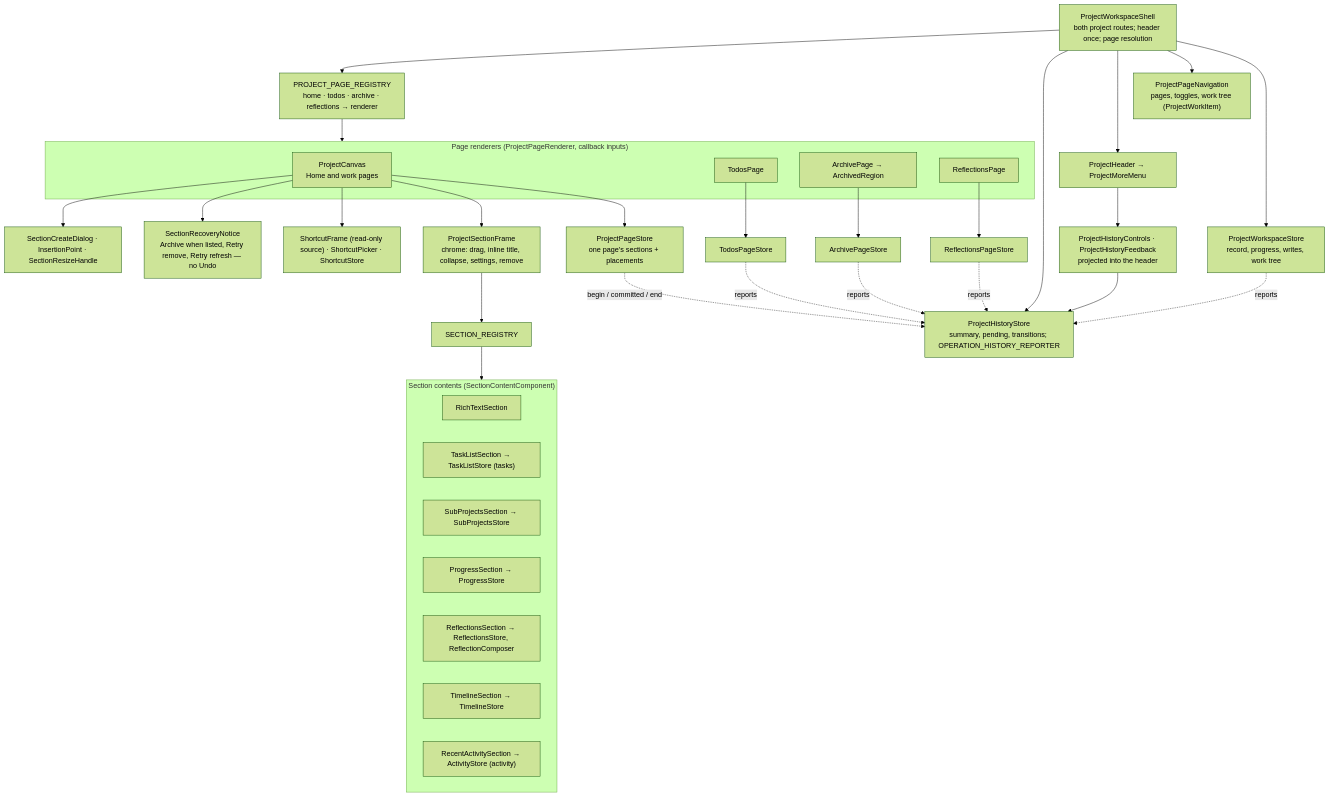
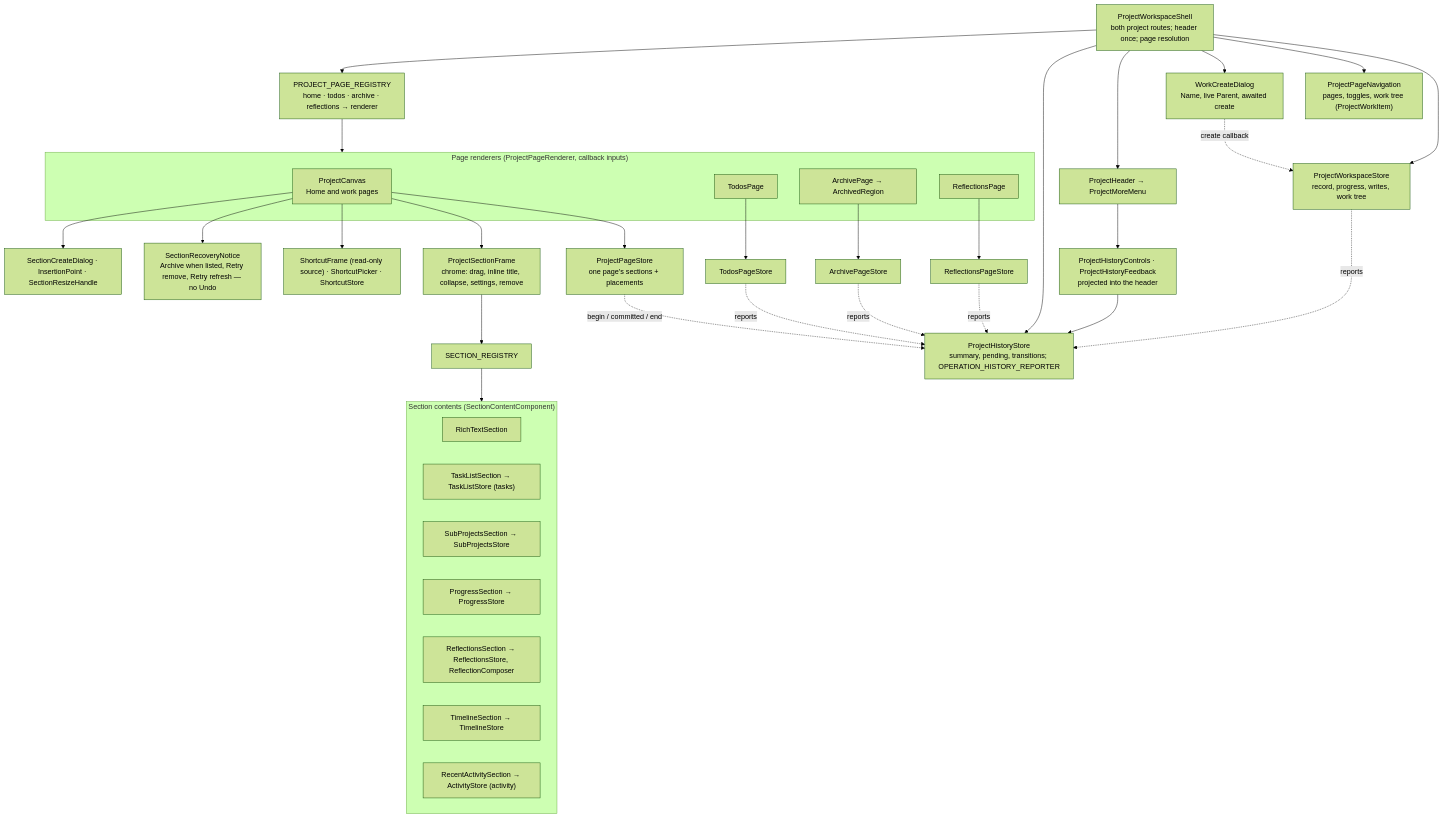
One commit to CalciteDragon/Canvas-work-manager-prototype changed the first of 2 diagrams in docs/architecture/web/projects/what.md. Above: the diagram before and after it, drawn with Mermaid (forest theme). The commit also changed 76 other files, not shown here.

````diff
--- a/docs/architecture/web/projects/what.md
+++ b/docs/architecture/web/projects/what.md
@@ -5,53 +5,56 @@
 ```mermaid
 flowchart TB
   shell["ProjectWorkspaceShell<br/>both project routes; header once; page resolution"]
   wstore["ProjectWorkspaceStore<br/>record, progress, writes, work tree"]
   nav["ProjectPageNavigation<br/>pages, toggles, work tree (ProjectWorkItem)"]
+  workcreate["WorkCreateDialog<br/>Name, live Parent, awaited create"]
   header["ProjectHeader → ProjectMoreMenu"]
   hist["ProjectHistoryStore<br/>summary, pending, transitions; OPERATION_HISTORY_REPORTER"]
   controls["ProjectHistoryControls · ProjectHistoryFeedback<br/>projected into the header"]
   reg["PROJECT_PAGE_REGISTRY<br/>home · todos · archive · reflections → renderer"]
   subgraph renderers["Page renderers (ProjectPageRenderer, callback inputs)"]
     canvas["ProjectCanvas<br/>Home and work pages"]
     todos["TodosPage"]
     archive["ArchivePage → ArchivedRegion"]
     refl["ReflectionsPage"]
   end
   pstore["ProjectPageStore<br/>one page's sections + placements"]
   tstore["TodosPageStore"]
   astore["ArchivePageStore"]
   rstore["ReflectionsPageStore"]
   frame["ProjectSectionFrame<br/>chrome: drag, inline title, collapse, settings, remove"]
   sreg["SECTION_REGISTRY"]
   subgraph sections["Section contents (SectionContentComponent)"]
     rt["RichTextSection"]
     tl["TaskListSection → TaskListStore (tasks)"]
     sp["SubProjectsSection → SubProjectsStore"]
     pg["ProgressSection → ProgressStore"]
     rf["ReflectionsSection → ReflectionsStore, ReflectionComposer"]
     tm["TimelineSection → TimelineStore"]
     ra["RecentActivitySection → ActivityStore (activity)"]
   end
   sc["ShortcutFrame (read-only source) · ShortcutPicker · ShortcutStore"]
   notice["SectionRecoveryNotice<br/>Archive when listed, Retry remove, Retry refresh — no Undo"]
   create["SectionCreateDialog · InsertionPoint · SectionResizeHandle"]
   shell --> wstore
   shell --> nav
+  shell --> workcreate
+  workcreate -. "create callback" .-> wstore
   shell --> header
   shell --> hist
   header --> controls --> hist
   pstore -. "begin / committed / end" .-> hist
   tstore -. reports .-> hist
   astore -. reports .-> hist
   rstore -. reports .-> hist
   wstore -. reports .-> hist
   shell --> reg --> renderers
   canvas --> pstore
   todos --> tstore
   archive --> astore
   refl --> rstore
   canvas --> frame --> sreg --> sections
   canvas --> sc
   canvas --> notice
   canvas --> create
 ```
````
